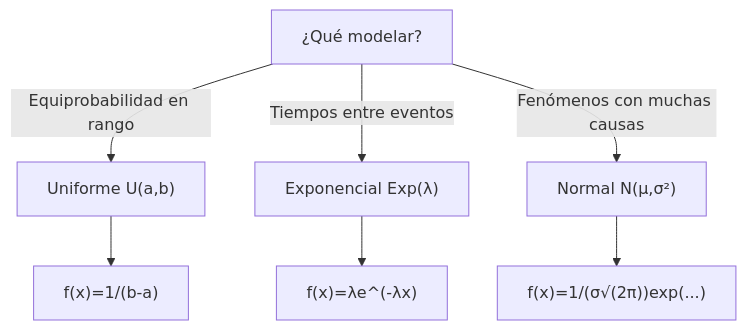
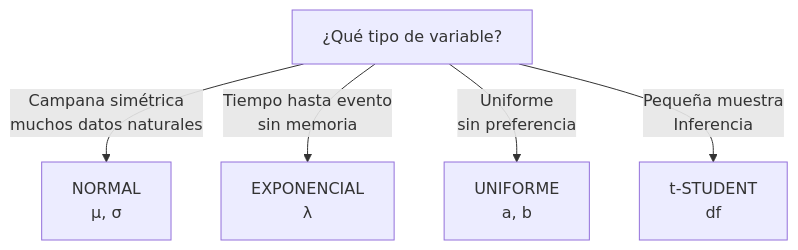
One commit to raul-drupal-dev/uax-estadistica-I changed the diagram in docs/ud4/distribuciones-continuas.md. Above: the diagram before and after it, drawn with Mermaid. The commit also changed other lines of this file and 30 other files, not shown here.

````diff
--- a/docs/ud4/distribuciones-continuas.md
+++ b/docs/ud4/distribuciones-continuas.md
@@ -22,10 +219,7 @@
 ```mermaid
 graph TD
-    A["¿Qué modelar?"] -->|Equiprobabilidad en rango| B["Uniforme U(a,b)"]
-    A -->|Tiempos entre eventos| C["Exponencial Exp(λ)"]
-    A -->|Fenómenos con muchas causas| D["Normal N(μ,σ²)"]
-
-    B --> E["f(x)=1/(b-a)"]
-    C --> F["f(x)=λe^(-λx)"]
-    D --> G["f(x)=1/(σ√(2π))exp(...)"]
+    A["¿Qué tipo de variable?"] -->|Campana simétrica<br/>muchos datos naturales| B["NORMAL<br/>μ, σ"]
+    A -->|Tiempo hasta evento<br/>sin memoria| C["EXPONENCIAL<br/>λ"]
+    A -->|Uniforme<br/>sin preferencia| D["UNIFORME<br/>a, b"]
+    A -->|Pequeña muestra<br/>Inferencia| E["t-STUDENT<br/>df"]
 ```
````
